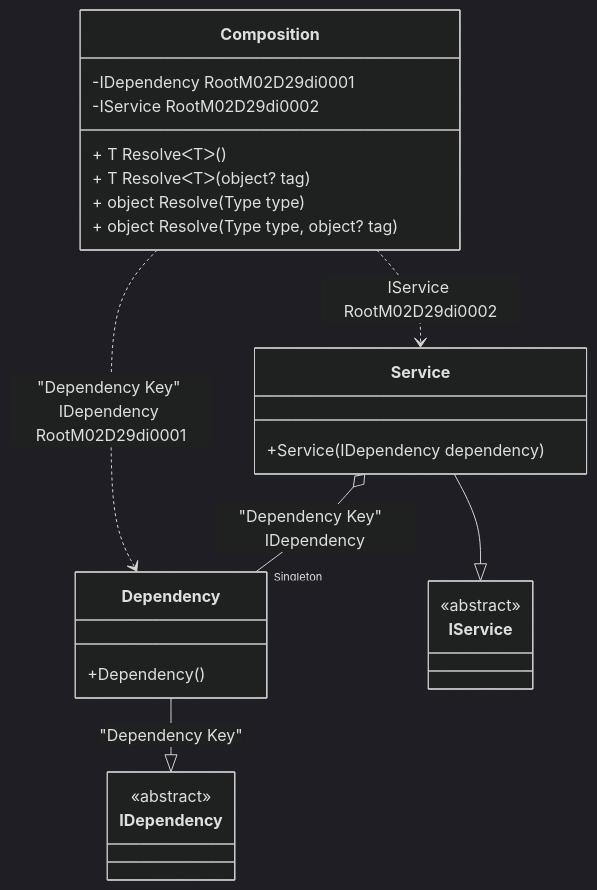
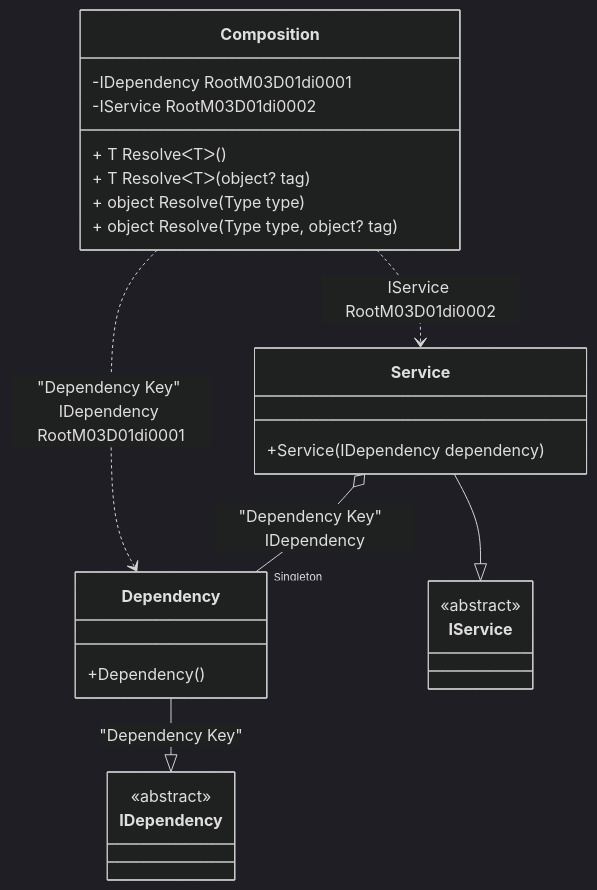
One commit to DevTeam/Pure.DI changed the diagram in readme/service-collection.md. Above: the diagram before and after it, drawn with Mermaid (dark theme). The commit also changed 36 other files, not shown here.

````diff
--- a/readme/service-collection.md
+++ b/readme/service-collection.md
@@ -47,28 +47,28 @@
 ```mermaid
 classDiagram
   class Composition {
-    -IDependency RootM02D29di0001
-    -IService RootM02D29di0002
+    -IDependency RootM03D01di0001
+    -IService RootM03D01di0002
     + T ResolveᐸTᐳ()
     + T ResolveᐸTᐳ(object? tag)
     + object Resolve(Type type)
     + object Resolve(Type type, object? tag)
   }
   Dependency --|> IDependency : "Dependency Key" 
   class Dependency {
     +Dependency()
   }
   Service --|> IService : 
   class Service {
     +Service(IDependency dependency)
   }
   class IDependency {
     <<abstract>>
   }
   class IService {
     <<abstract>>
   }
   Service o--  "Singleton" Dependency : "Dependency Key"  IDependency
-  Composition ..> Dependency : "Dependency Key" IDependency RootM02D29di0001
-  Composition ..> Service : IService RootM02D29di0002
+  Composition ..> Dependency : "Dependency Key" IDependency RootM03D01di0001
+  Composition ..> Service : IService RootM03D01di0002
 ```
````
